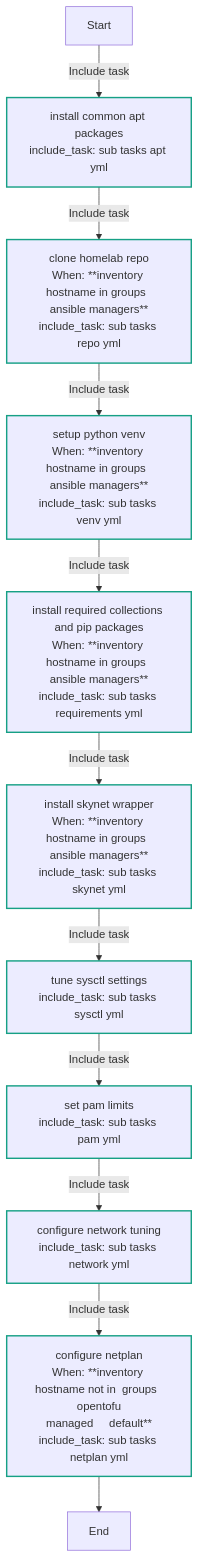
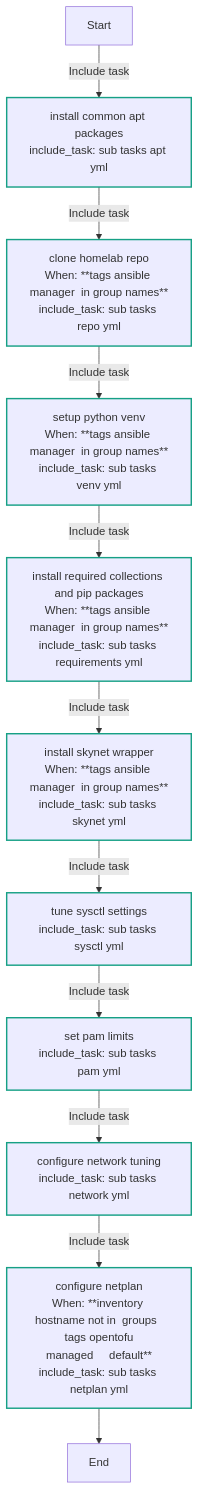
The first of 10 diagrams in ansible/roles/ubuntu/README.md (Lebowski89/homelab), drawn with Mermaid before and after one commit. The commit also changed other lines of this file and 30 other files, not shown here.

Commit message:
feat(ansible): migrate inventory to NetBox

````diff
--- a/ansible/roles/ubuntu/README.md
+++ b/ansible/roles/ubuntu/README.md
@@ -222,23 +222,23 @@
 ```mermaid
 flowchart TD
 Start
 classDef block stroke:#3498db,stroke-width:2px;
 classDef task stroke:#4b76bb,stroke-width:2px;
 classDef includeTasks stroke:#16a085,stroke-width:2px;
 classDef importTasks stroke:#34495e,stroke-width:2px;
 classDef includeRole stroke:#2980b9,stroke-width:2px;
 classDef importRole stroke:#699ba7,stroke-width:2px;
 classDef includeVars stroke:#8e44ad,stroke-width:2px;
 classDef rescue stroke:#665352,stroke-width:2px;
 
   Start-->|Include task| Install_common_apt_packages_sub_tasks_apt_yml_0[install common apt packages<br>include_task: sub tasks apt yml]:::includeTasks
-  Install_common_apt_packages_sub_tasks_apt_yml_0-->|Include task| Clone_Homelab_repo_sub_tasks_repo_yml_1[clone homelab repo<br>When: **inventory hostname in groups  ansible managers**<br>include_task: sub tasks repo yml]:::includeTasks
-  Clone_Homelab_repo_sub_tasks_repo_yml_1-->|Include task| Setup_Python_venv_sub_tasks_venv_yml_2[setup python venv<br>When: **inventory hostname in groups  ansible managers**<br>include_task: sub tasks venv yml]:::includeTasks
-  Setup_Python_venv_sub_tasks_venv_yml_2-->|Include task| Install_required_collections_and_pip_packages_sub_tasks_requirements_yml_3[install required collections and pip packages<br>When: **inventory hostname in groups  ansible managers**<br>include_task: sub tasks requirements yml]:::includeTasks
-  Install_required_collections_and_pip_packages_sub_tasks_requirements_yml_3-->|Include task| Install_Skynet_wrapper_sub_tasks_skynet_yml_4[install skynet wrapper<br>When: **inventory hostname in groups  ansible managers**<br>include_task: sub tasks skynet yml]:::includeTasks
+  Install_common_apt_packages_sub_tasks_apt_yml_0-->|Include task| Clone_Homelab_repo_sub_tasks_repo_yml_1[clone homelab repo<br>When: **tags ansible manager  in group names**<br>include_task: sub tasks repo yml]:::includeTasks
+  Clone_Homelab_repo_sub_tasks_repo_yml_1-->|Include task| Setup_Python_venv_sub_tasks_venv_yml_2[setup python venv<br>When: **tags ansible manager  in group names**<br>include_task: sub tasks venv yml]:::includeTasks
+  Setup_Python_venv_sub_tasks_venv_yml_2-->|Include task| Install_required_collections_and_pip_packages_sub_tasks_requirements_yml_3[install required collections and pip packages<br>When: **tags ansible manager  in group names**<br>include_task: sub tasks requirements yml]:::includeTasks
+  Install_required_collections_and_pip_packages_sub_tasks_requirements_yml_3-->|Include task| Install_Skynet_wrapper_sub_tasks_skynet_yml_4[install skynet wrapper<br>When: **tags ansible manager  in group names**<br>include_task: sub tasks skynet yml]:::includeTasks
   Install_Skynet_wrapper_sub_tasks_skynet_yml_4-->|Include task| Tune_sysctl_settings_sub_tasks_sysctl_yml_5[tune sysctl settings<br>include_task: sub tasks sysctl yml]:::includeTasks
   Tune_sysctl_settings_sub_tasks_sysctl_yml_5-->|Include task| Set_PAM_limits_sub_tasks_pam_yml_6[set pam limits<br>include_task: sub tasks pam yml]:::includeTasks
   Set_PAM_limits_sub_tasks_pam_yml_6-->|Include task| Configure_network_tuning_sub_tasks_network_yml_7[configure network tuning<br>include_task: sub tasks network yml]:::includeTasks
-  Configure_network_tuning_sub_tasks_network_yml_7-->|Include task| Configure_Netplan_sub_tasks_netplan_yml_8[configure netplan<br>When: **inventory hostname not in  groups  opentofu<br>managed     default**<br>include_task: sub tasks netplan yml]:::includeTasks
+  Configure_network_tuning_sub_tasks_network_yml_7-->|Include task| Configure_Netplan_sub_tasks_netplan_yml_8[configure netplan<br>When: **inventory hostname not in  groups  tags opentofu<br>managed     default**<br>include_task: sub tasks netplan yml]:::includeTasks
   Configure_Netplan_sub_tasks_netplan_yml_8-->End
 ```
````
